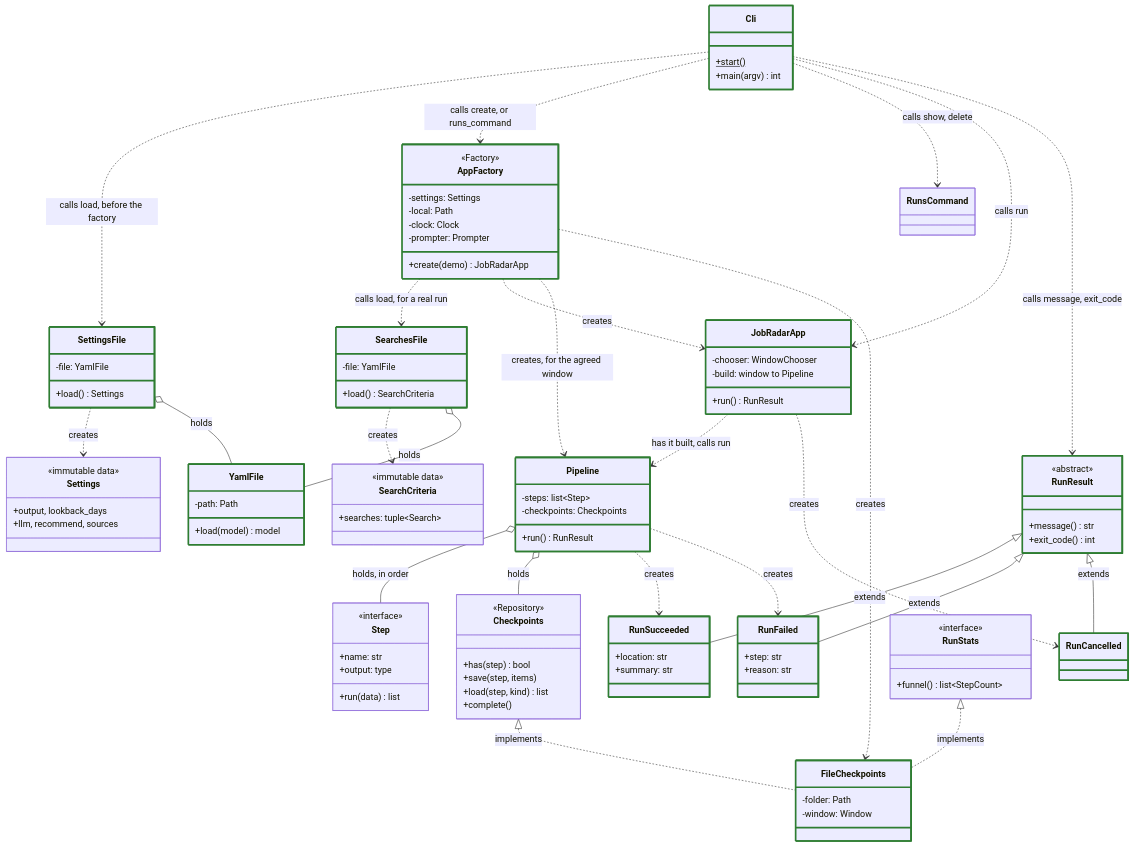
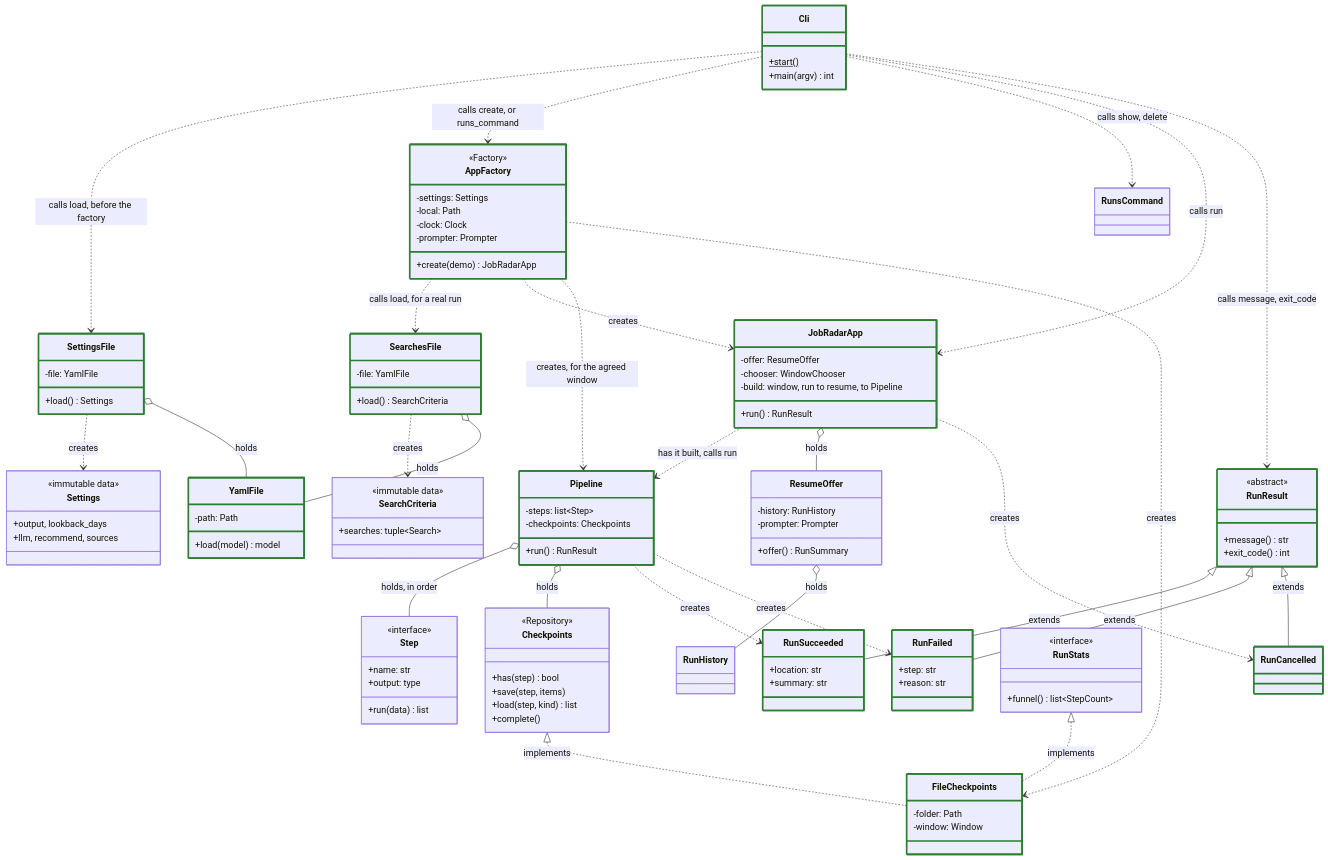
Before and after one commit to adailida/job-radar: the first of 5 diagrams in docs/architecture.md, drawn with Mermaid. The commit also changed other lines of this file and 11 other files, not shown here.

```diff
--- a/docs/architecture.md
+++ b/docs/architecture.md
@@ -57,9 +57,15 @@
         +searches: tuple~Search~
     }
     class JobRadarApp {
+        -offer: ResumeOffer
         -chooser: WindowChooser
-        -build: window to Pipeline
+        -build: window, run to resume, to Pipeline
         +run() RunResult
+    }
+    class ResumeOffer {
+        -history: RunHistory
+        -prompter: Prompter
+        +offer() RunSummary
     }
     class RunResult {
         <<abstract>>
@@ -116,6 +122,8 @@
     AppFactory ..> Pipeline : creates, for the agreed window
     AppFactory ..> FileCheckpoints : creates
     JobRadarApp ..> Pipeline : has it built, calls run
+    JobRadarApp o-- ResumeOffer : holds
+    ResumeOffer o-- RunHistory : holds
     JobRadarApp ..> RunCancelled : creates
     Pipeline o-- Step : holds, in order
     Pipeline o-- Checkpoints : holds
```
